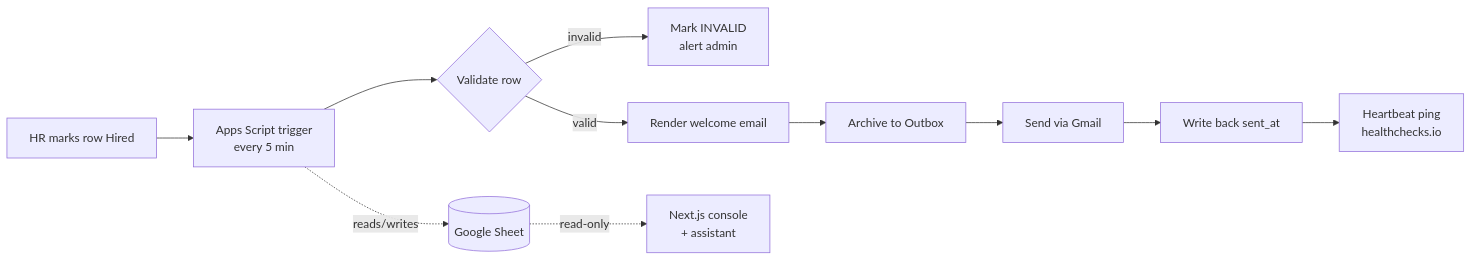
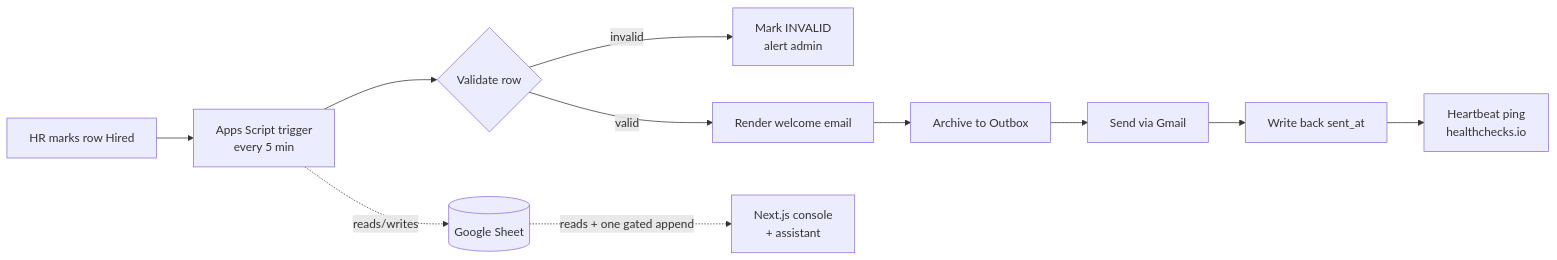
Before and after one commit to averatec0773/welcome-copilot: the diagram in README.md, drawn with Mermaid. The commit also changed other lines of this file, not shown here.

````diff
--- a/README.md
+++ b/README.md
@@ -27,14 +27,14 @@
 ```mermaid
 flowchart LR
     A[HR marks row Hired] --> B[Apps Script trigger<br/>every 5 min]
     B --> C{Validate row}
     C -->|invalid| C1[Mark INVALID<br/>alert admin]
     C -->|valid| D[Render welcome email]
     D --> E[Archive to Outbox]
     E --> F[Send via Gmail]
     F --> G[Write back sent_at]
     G --> H[Heartbeat ping<br/>healthchecks.io]
 
-    SHEET[(Google Sheet)] -.read-only.-> WEB[Next.js console<br/>+ assistant]
+    SHEET[(Google Sheet)] -.reads + one gated append.-> WEB[Next.js console<br/>+ assistant]
     B -.reads/writes.-> SHEET
 ```
````
